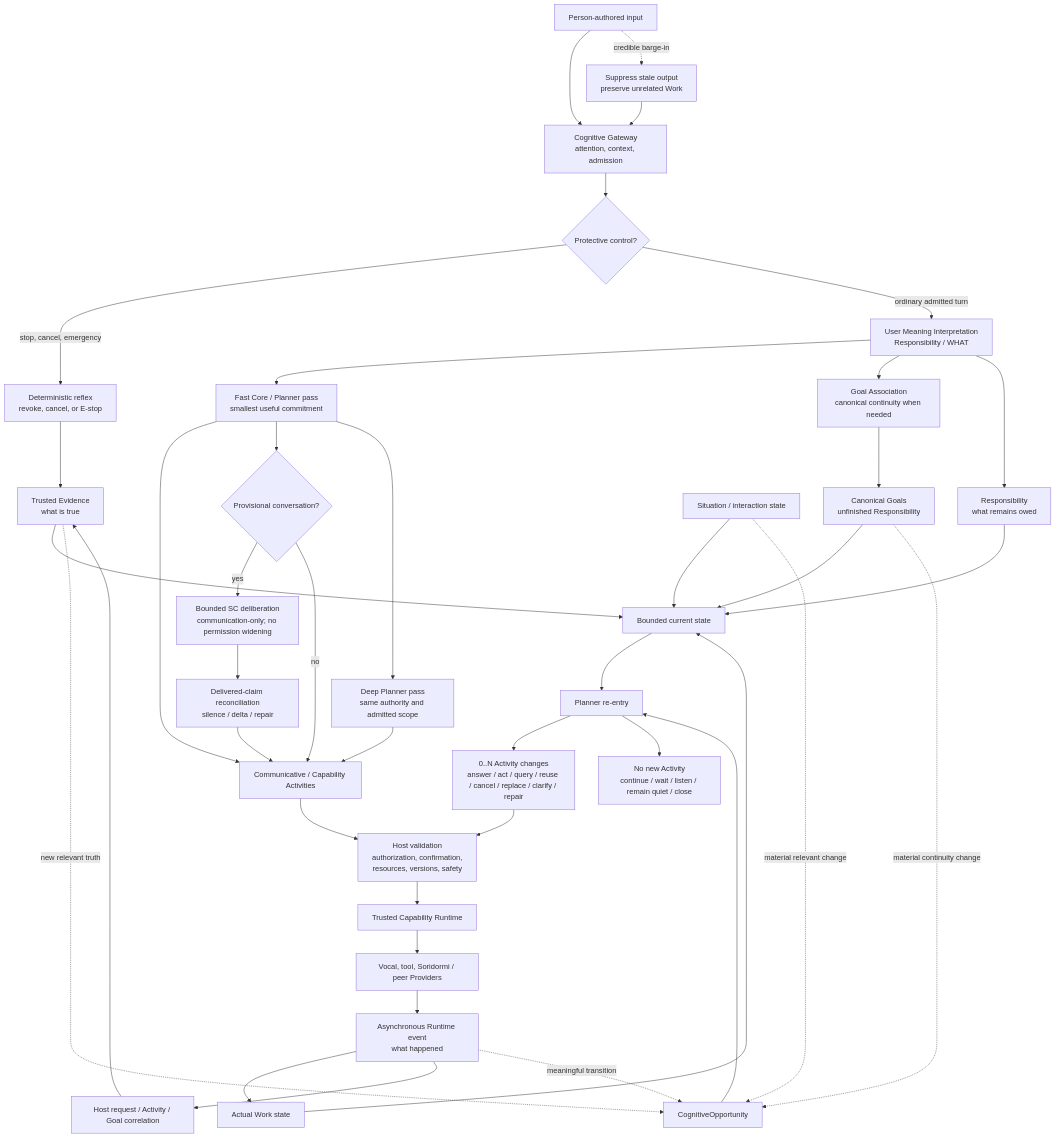
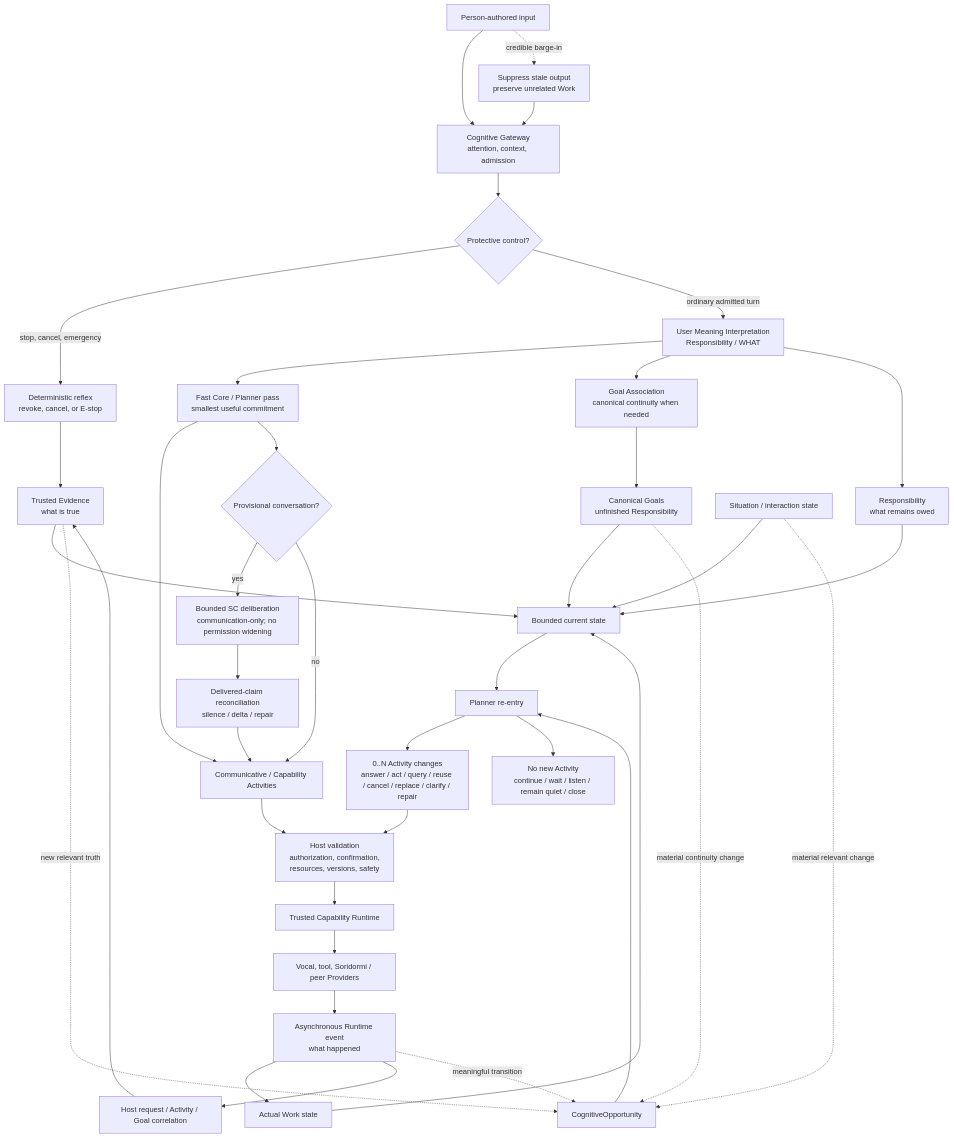
One commit to TimeTreker/chromie changed the diagram in docs/GOAL_DRIVEN_COGNITIVE_ARCHITECTURE.md. Above: the diagram before and after it, drawn with Mermaid. The commit also changed other lines of this file and 107 other files, not shown here.

````diff
--- a/docs/GOAL_DRIVEN_COGNITIVE_ARCHITECTURE.md
+++ b/docs/GOAL_DRIVEN_COGNITIVE_ARCHITECTURE.md
@@ -1914,50 +1913,48 @@
 ```mermaid
 flowchart TD
     USER["Person-authored input"] --> GATEWAY["Cognitive Gateway<br/>attention, context, admission"]
     GATEWAY --> CONTROL{"Protective control?"}
     CONTROL -->|"stop, cancel, emergency"| REFLEX["Deterministic reflex<br/>revoke, cancel, or E-stop"]
     CONTROL -->|"ordinary admitted turn"| UMI["User Meaning Interpretation<br/>Responsibility / WHAT"]
 
     UMI --> PLAN["Fast Core / Planner pass<br/>smallest useful commitment"]
     UMI --> GA["Goal Association<br/>canonical continuity when needed"]
     PLAN --> WORK["Communicative / Capability Activities"]
     PLAN --> PROV{"Provisional conversation?"}
     PROV -->|"yes"| DELIB["Bounded SC deliberation<br/>communication-only; no permission widening"]
     PROV -->|"no"| WORK
-    PLAN --> DEEP["Deep Planner pass<br/>same authority and admitted scope"]
     DELIB --> RECON["Delivered-claim reconciliation<br/>silence / delta / repair"]
-    DEEP --> WORK
     RECON --> WORK
     GA --> GOALS["Canonical Goals<br/>unfinished Responsibility"]
 
     WORK --> HOST["Host validation<br/>authorization, confirmation,<br/>resources, versions, safety"]
     HOST --> RUNTIME["Trusted Capability Runtime"]
     RUNTIME --> PROVIDER["Vocal, tool, Soridormi / peer Providers"]
     PROVIDER --> EVENT["Asynchronous Runtime event<br/>what happened"]
 
     EVENT --> WORKSTATE["Actual Work state"]
     EVENT --> CORRELATE["Host request / Activity / Goal correlation"]
     CORRELATE --> EVIDENCE["Trusted Evidence<br/>what is true"]
     REFLEX --> EVIDENCE
 
     UMI --> RESP["Responsibility<br/>what remains owed"]
     RESP --> STATE["Bounded current state"]
     GOALS --> STATE
     WORKSTATE --> STATE
     EVIDENCE --> STATE
     SITUATION["Situation / interaction state"] --> STATE
 
     EVENT -. "meaningful transition" .-> OPP["CognitiveOpportunity"]
     EVIDENCE -. "new relevant truth" .-> OPP
     GOALS -. "material continuity change" .-> OPP
     SITUATION -. "material relevant change" .-> OPP
     OPP --> REENTRY["Planner re-entry"]
     STATE --> REENTRY
 
     REENTRY --> DELTA["0..N Activity changes<br/>answer / act / query / reuse / cancel / replace / clarify / repair"]
     REENTRY --> QUIET["No new Activity<br/>continue / wait / listen / remain quiet / close"]
     DELTA --> HOST
 
     USER -. "credible barge-in" .-> YIELD["Suppress stale output<br/>preserve unrelated Work"]
     YIELD --> GATEWAY
 ```
````
